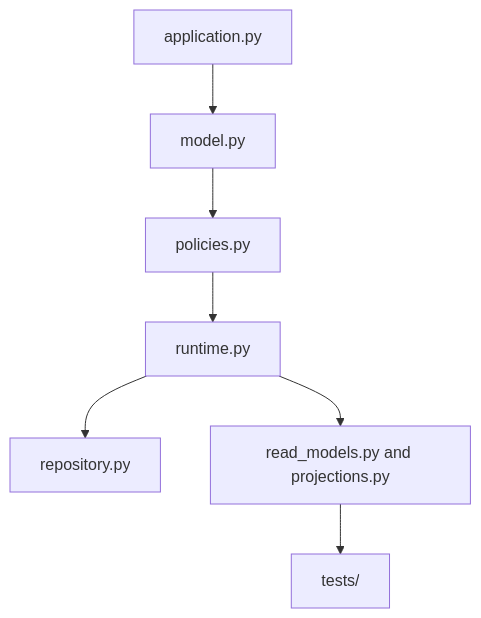
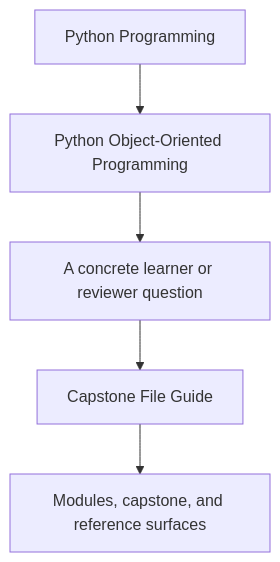
Before and after one commit to bijux/bijux-masterclass: the first of 2 diagrams in programs/python-programming/python-object-oriented-programming/course-book/guides/capstone-file-guide.md, drawn with Mermaid. The commit also changed other lines of this file and 23 other files, not shown here.

Commit message:
docs(python-object-oriented-programming): sharpen guide and reference diagrams

````diff
--- a/programs/python-programming/python-object-oriented-programming/course-book/guides/capstone-file-guide.md
+++ b/programs/python-programming/python-object-oriented-programming/course-book/guides/capstone-file-guide.md
@@ -7,9 +7,7 @@
 ```mermaid
-graph TD
-  app["application.py"] --> model["model.py"]
-  model --> policies["policies.py"]
-  policies --> runtime["runtime.py"]
-  runtime --> repo["repository.py"]
-  runtime --> views["read_models.py and projections.py"]
-  views --> tests["tests/"]
+flowchart TD
+  family["Python Programming"] --> program["Python Object-Oriented Programming"]
+  program --> pressure["A concrete learner or reviewer question"]
+  pressure --> guide["Capstone File Guide"]
+  guide --> next["Modules, capstone, and reference surfaces"]
 ```
````
